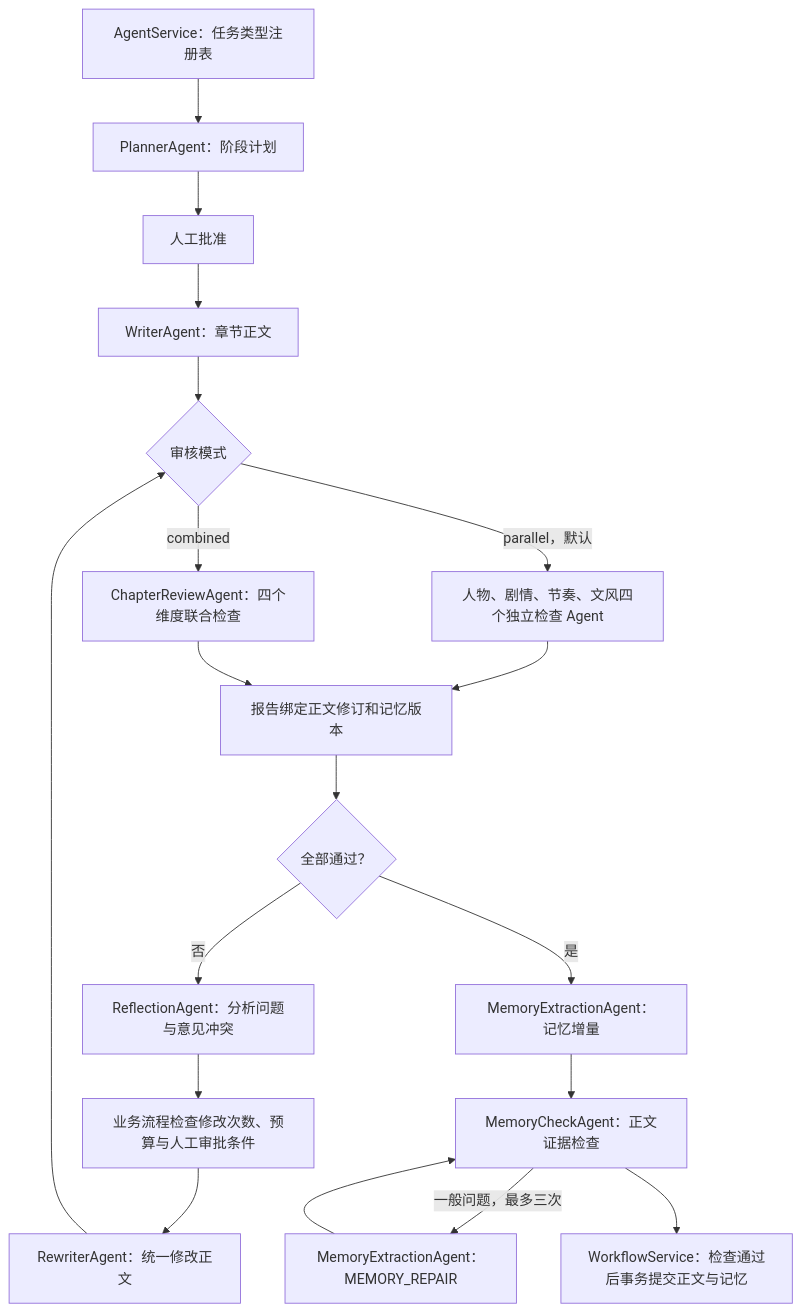
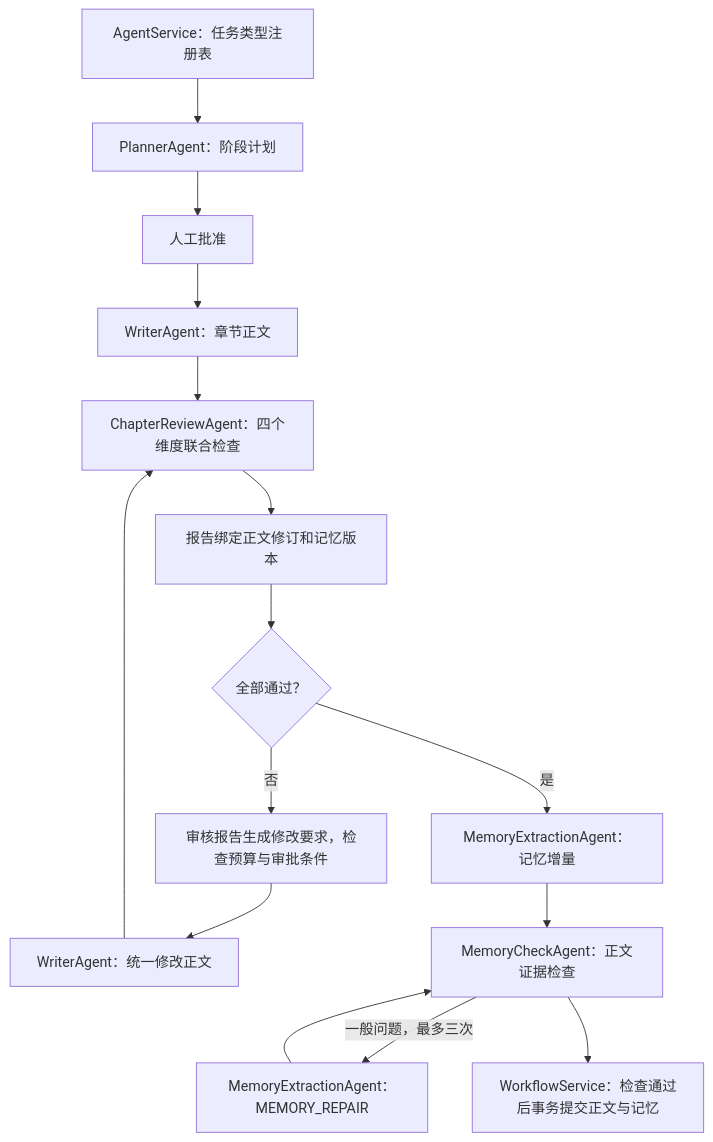
The seventh of 11 diagrams in README.md (ccii1/novel-agent), drawn with Mermaid before and after one commit. The commit also changed other lines of this file and 37 other files, not shown here.

````diff
--- a/README.md
+++ b/README.md
@@ -278,21 +266,17 @@
 ```mermaid
 flowchart TD
     Registry["AgentService：任务类型注册表"] --> Planner["PlannerAgent：阶段计划"]
     Planner --> Approval["人工批准"]
     Approval --> Writer["WriterAgent：章节正文"]
-    Writer --> Mode{"审核模式"}
-    Mode -->|combined| Joint["ChapterReviewAgent：四个维度联合检查"]
-    Mode -->|parallel，默认| Parallel["人物、剧情、节奏、文风四个独立检查 Agent"]
-    Parallel --> Reports
+    Writer --> Joint["ChapterReviewAgent：四个维度联合检查"]
     Joint --> Reports["报告绑定正文修订和记忆版本"]
     Reports --> Decision{"全部通过？"}
-    Decision -->|否| Reflect["ReflectionAgent：分析问题与意见冲突"]
-    Reflect --> Gate["业务流程检查修改次数、预算与人工审批条件"]
-    Gate --> Rewrite["RewriterAgent：统一修改正文"]
-    Rewrite --> Mode
+    Decision -->|否| Gate["审核报告生成修改要求，检查预算与审批条件"]
+    Gate --> Rewrite["WriterAgent：统一修改正文"]
+    Rewrite --> Joint
     Decision -->|是| Extract["MemoryExtractionAgent：记忆增量"]
     Extract --> MemoryCheck["MemoryCheckAgent：正文证据检查"]
     MemoryCheck -->|一般问题，最多三次| Repair["MemoryExtractionAgent：MEMORY_REPAIR"]
     Repair --> MemoryCheck
     MemoryCheck --> Commit["WorkflowService：检查通过后事务提交正文与记忆"]
 ```
````
